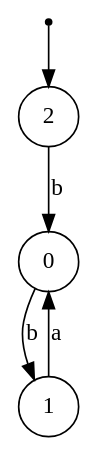
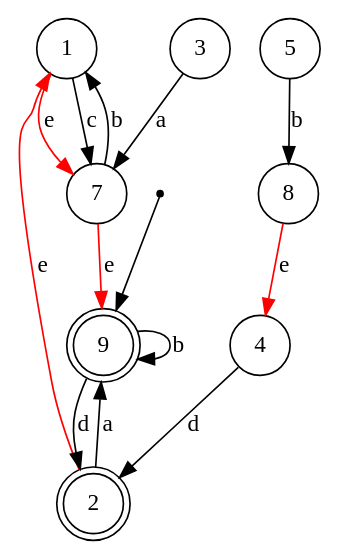
Before and after one commit to Reithger/Finite-State-Machine-Model: the diagram in dotsource.dot, drawn with Graphviz. The commit also changed 27 other files, not shown here.

```diff
--- a/dotsource.dot
+++ b/dotsource.dot
@@ -1,10 +1,24 @@
 digraph G {
-"n0"[label="0"shape=circle color="black"];
-"n1"[label="1"shape=circle color="black"];
-"n2"[label="2"shape=circle color="black"];
-"ArbitraryUnusedNameNoWorriesJustGrooving3"[fontSize=1 shape=point];
-{"ArbitraryUnusedNameNoWorriesJustGrooving3"}->{"n2"};
-{"n0"}->{"n1"}[label = "b" color="black" arrowhead="normal"];
-{"n1"}->{"n0"}[label = "a" color="black" arrowhead="normal"];
-{"n2"}->{"n0"}[label = "b" color="black" arrowhead="normal"];
+"n0"[label="1"shape=circle color="black"];
+"n1"[label="2"shape=doublecircle color="black"];
+"n2"[label="3"shape=circle color="black"];
+"n3"[label="4"shape=circle color="black"];
+"n4"[label="5"shape=circle color="black"];
+"n5"[label="7"shape=circle color="black"];
+"n6"[label="8"shape=circle color="black"];
+"n7"[label="9"shape=doublecircle color="black"];
+"ArbitraryUnusedNameNoWorriesJustGrooving8"[fontSize=1 shape=point];
+{"ArbitraryUnusedNameNoWorriesJustGrooving8"}->{"n7"};
+{"n0"}->{"n5"}[label = "e" color="red" arrowhead="normal"];
+{"n0"}->{"n5"}[label = "c" color="black" arrowhead="normal"];
+{"n1"}->{"n0"}[label = "e" color="red" arrowhead="normal"];
+{"n1"}->{"n7"}[label = "a" color="black" arrowhead="normal"];
+{"n2"}->{"n5"}[label = "a" color="black" arrowhead="normal"];
+{"n3"}->{"n1"}[label = "d" color="black" arrowhead="normal"];
+{"n4"}->{"n6"}[label = "b" color="black" arrowhead="normal"];
+{"n5"}->{"n0"}[label = "b" color="black" arrowhead="normal"];
+{"n5"}->{"n7"}[label = "e" color="red" arrowhead="normal"];
+{"n6"}->{"n3"}[label = "e" color="red" arrowhead="normal"];
+{"n7"}->{"n7"}[label = "b" color="black" arrowhead="normal"];
+{"n7"}->{"n1"}[label = "d" color="black" arrowhead="normal"];
 }
```
